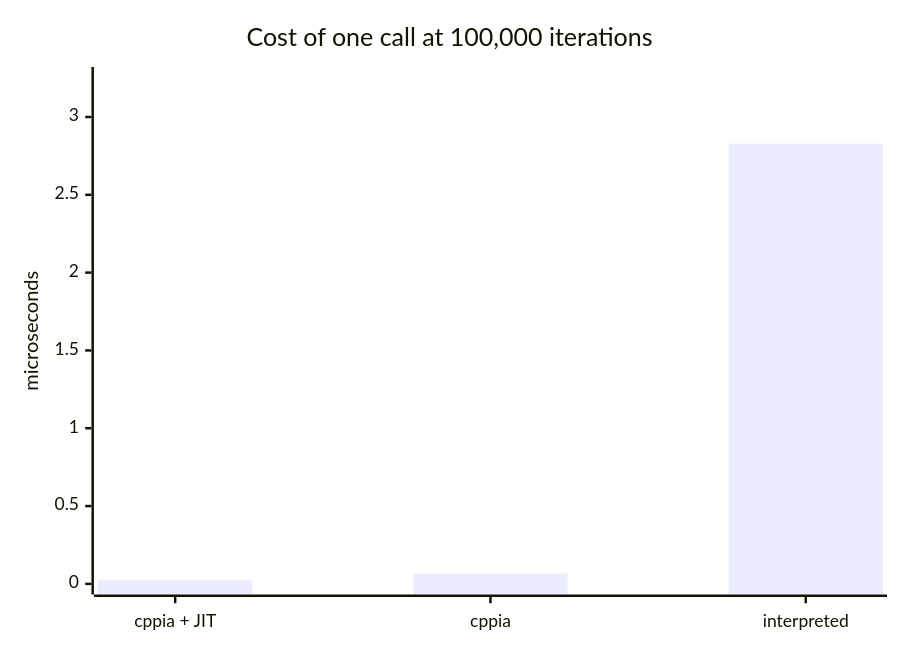
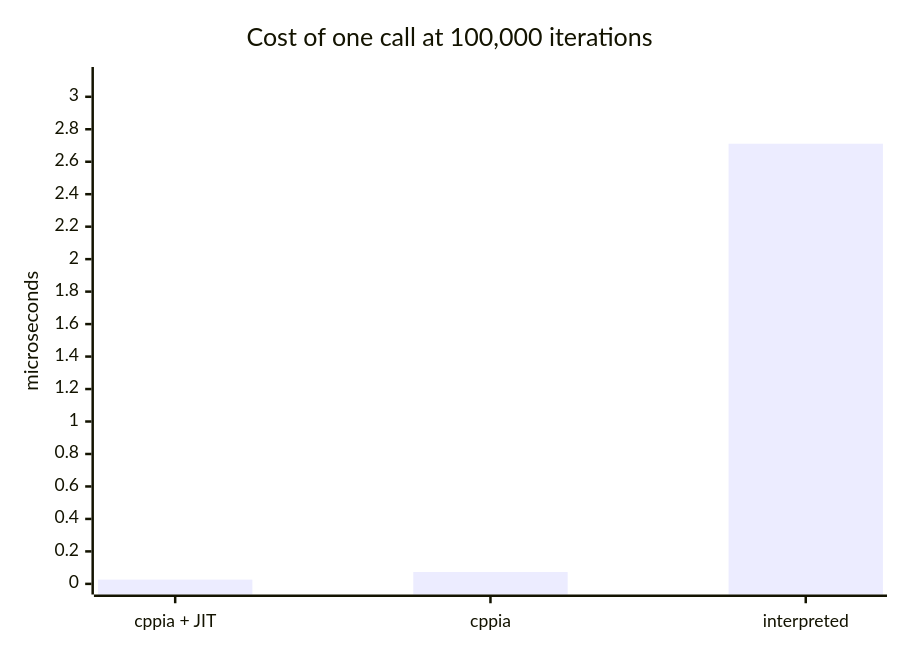
Before and after one commit to MeguminBOT/hscript-insanity: the second of 2 diagrams in docs/mode-benchmarks.md, drawn with Mermaid. The commit also changed other lines of this file and 6 other files, not shown here.

````diff
--- a/docs/mode-benchmarks.md
+++ b/docs/mode-benchmarks.md
@@ -187,7 +187,7 @@
 ```mermaid
 xychart-beta
     title "Cost of one call at 100,000 iterations"
     x-axis ["cppia + JIT", "cppia", "interpreted"]
-    y-axis "microseconds" 0 --> 3.253
-    bar [0.026, 0.067, 2.829]
+    y-axis "microseconds" 0 --> 3.118
+    bar [0.026, 0.073, 2.711]
 ```
````
